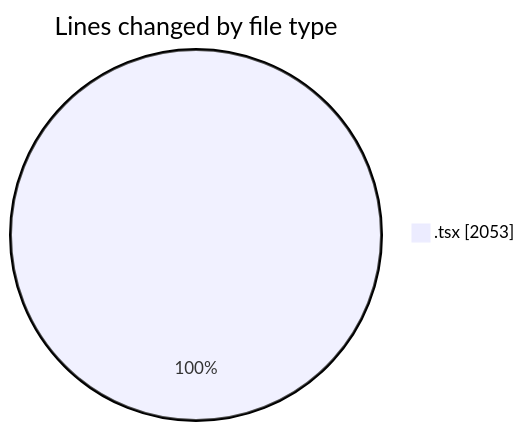
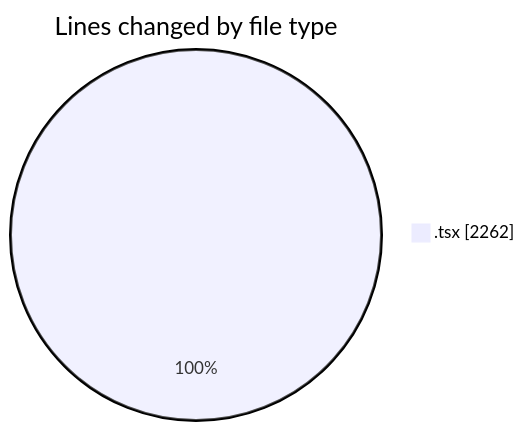
Before and after one commit to nxtqubesakshisongat/code-tracking: the first of 2 diagrams in 2026-06-15/nxtqube_webapp/README.md, drawn with Mermaid. The commit also changed other lines of this file and 1 other file, not shown here.

````diff
--- a/2026-06-15/nxtqube_webapp/README.md
+++ b/2026-06-15/nxtqube_webapp/README.md
@@ -22,5 +22,5 @@
 ```mermaid
 pie showData
 title Lines changed by file type
-".tsx" : 2053
+".tsx" : 2262
 ```
````
